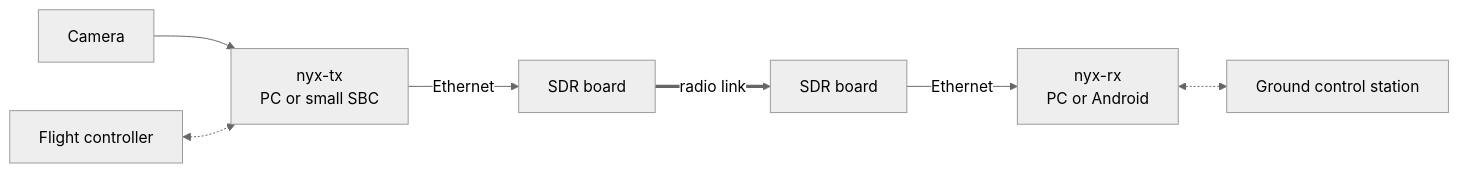
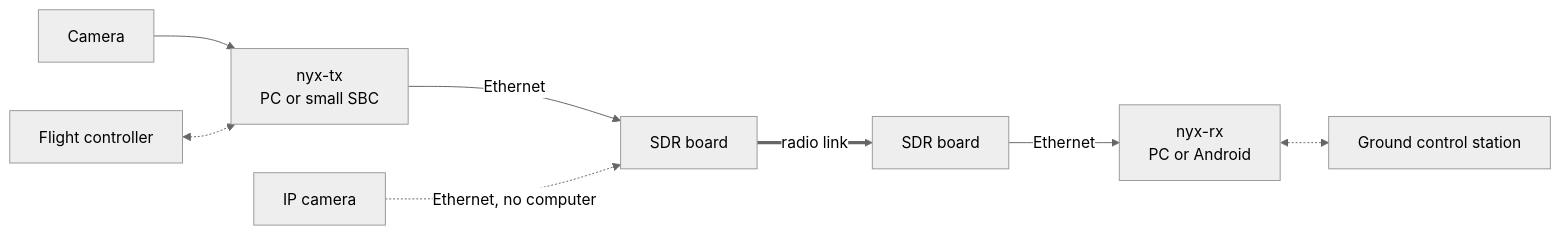
The diagram in README.md (tacitech/nyxhop), drawn with Mermaid (neutral theme) before and after one commit. The commit also changed other lines of this file and 18 other files, not shown here.

````diff
--- a/README.md
+++ b/README.md
@@ -37,9 +37,10 @@
 ```mermaid
 flowchart LR
     CAM["Camera"] --> TX["nyx-tx<br/>PC or small SBC"]
     FC["Flight controller"] <-.-> TX
     TX -- "Ethernet" --> BA["SDR board"]
     BA == "radio link" ==> BB["SDR board"]
     BB -- "Ethernet" --> RX["nyx-rx<br/>PC or Android"]
     RX <-.-> GCS["Ground control station"]
+    IPC["IP camera"] -. "Ethernet, no computer" .-> BA
 ```
````
